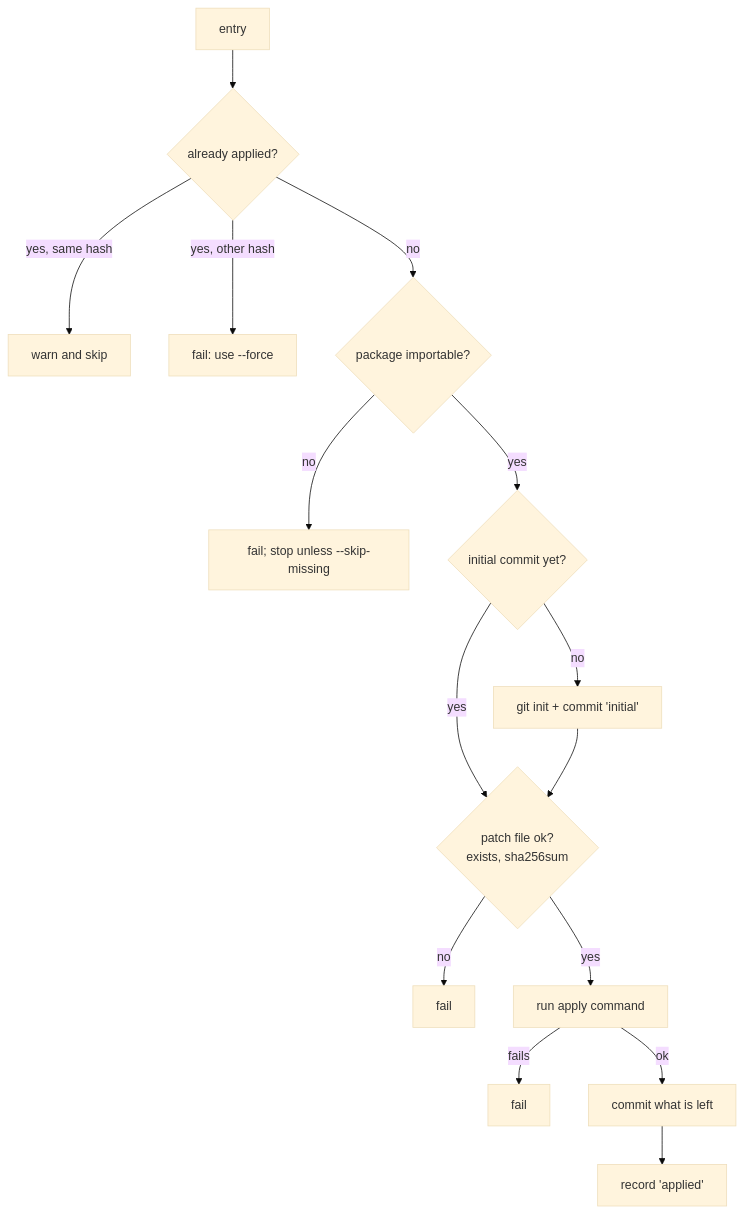
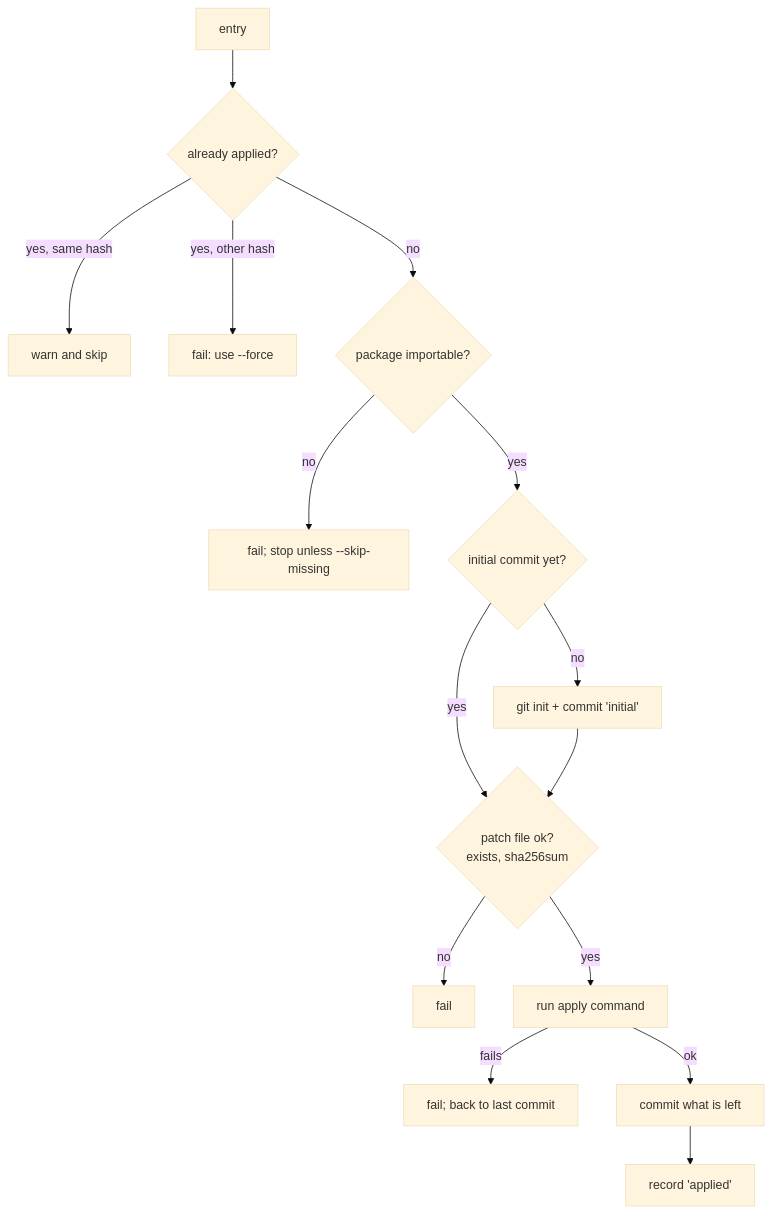
One commit to thorsten-klein/venv-patcher changed the second of 3 diagrams in doc/concepts/how-it-works.md. Above: the diagram before and after it, drawn with Mermaid (base theme). The commit also changed other lines of this file and 5 other files, not shown here.

````diff
--- a/doc/concepts/how-it-works.md
+++ b/doc/concepts/how-it-works.md
@@ -68,17 +71,17 @@
 ```mermaid
 flowchart TD
     A[entry] --> B{already applied?}
     B -- yes, same hash --> S[warn and skip]
     B -- yes, other hash --> F1[fail: use --force]
     B -- no --> C{package importable?}
     C -- no --> F2[fail; stop unless --skip-missing]
     C -- yes --> D{initial commit yet?}
     D -- no --> E[git init + commit 'initial']
     D -- yes --> G
     E --> G{patch file ok?<br/>exists, sha256sum}
     G -- no --> F3[fail]
     G -- yes --> H[run apply command]
-    H -- fails --> F4[fail]
+    H -- fails --> F4[fail; back to last commit]
     H -- ok --> I[commit what is left]
     I --> R[record 'applied']
 ```
````
